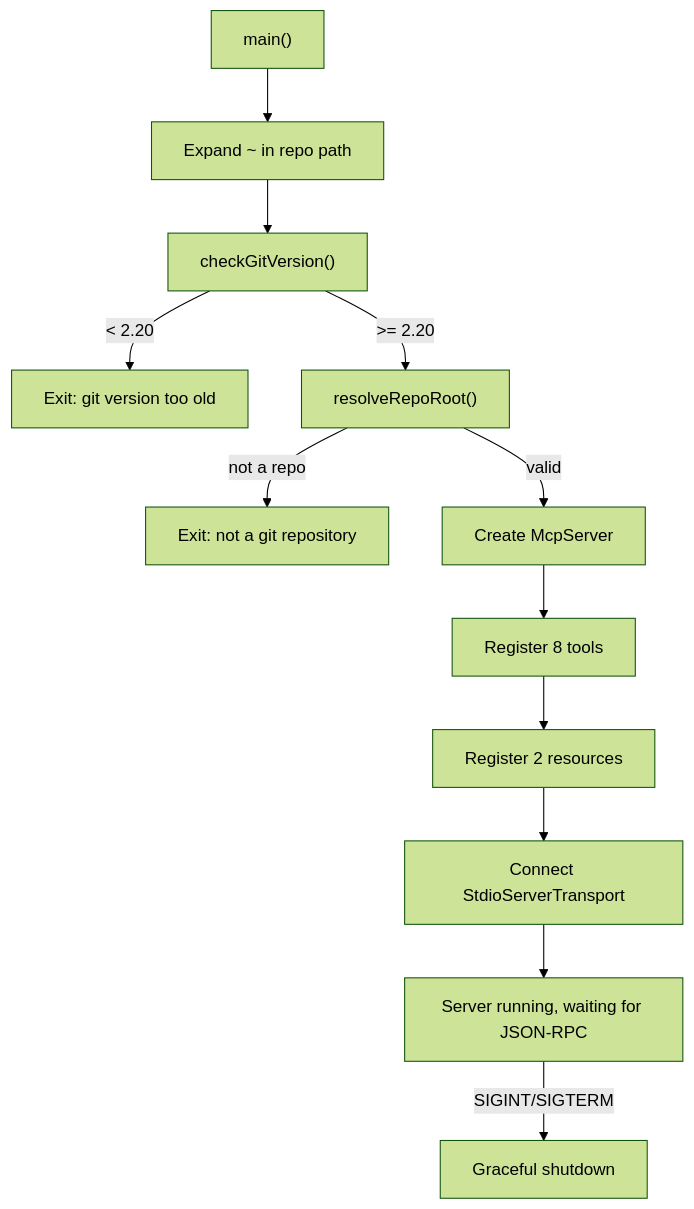
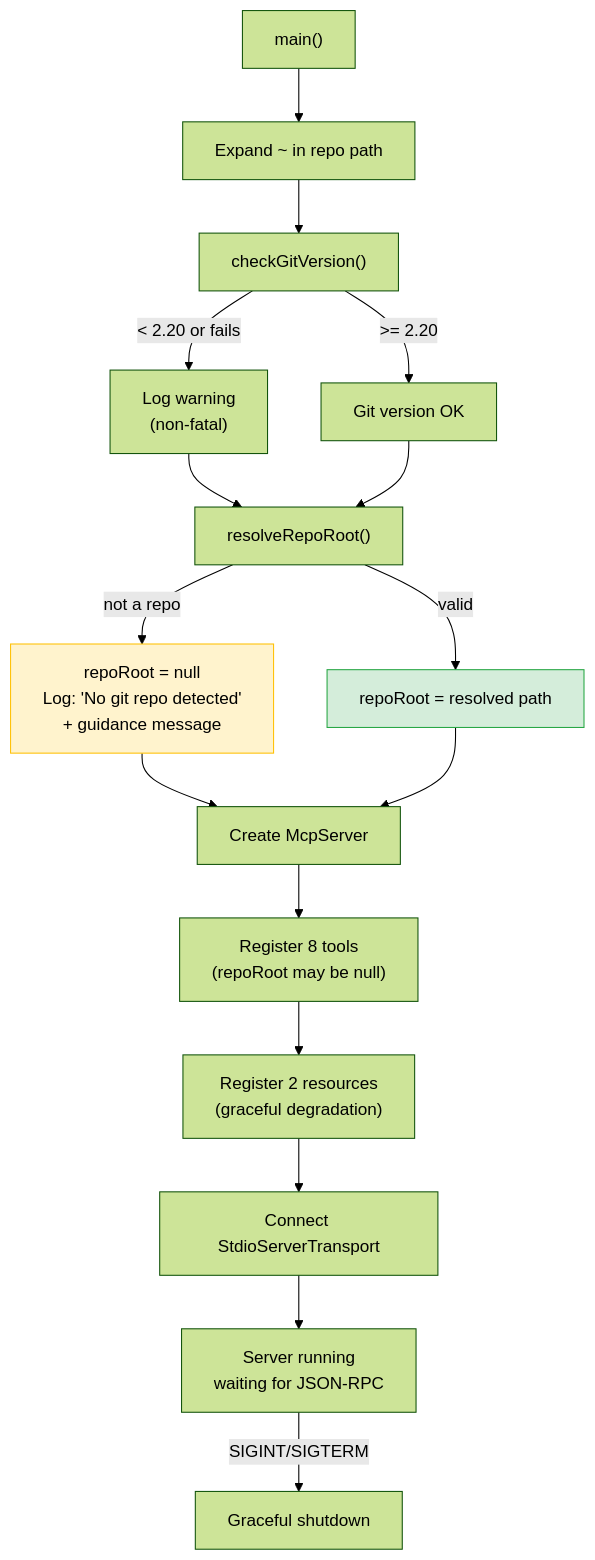
Before and after one commit to hoangsonww/GitIntel-MCP-Server: the eighth of 10 diagrams in ARCHITECTURE.md, drawn with Mermaid (forest theme). The commit also changed other lines of this file and 16 other files, not shown here.

First line of the commit message:
feat(mcp): resilient startup, per-call repo_path, hotspots fix, and comprehensive docs

````diff
--- a/ARCHITECTURE.md
+++ b/ARCHITECTURE.md
@@ -316,14 +460,21 @@
 ```mermaid
 graph TD
     Start["main()"] --> ExpandHome["Expand ~ in repo path"]
     ExpandHome --> CheckGit["checkGitVersion()"]
-    CheckGit -->|"< 2.20"| Fatal1["Exit: git version too old"]
-    CheckGit -->|">= 2.20"| ResolveRoot["resolveRepoRoot()"]
-    ResolveRoot -->|"not a repo"| Fatal2["Exit: not a git repository"]
-    ResolveRoot -->|"valid"| CreateServer["Create McpServer"]
-    CreateServer --> RegisterTools["Register 8 tools"]
-    RegisterTools --> RegisterResources["Register 2 resources"]
+    CheckGit -->|"< 2.20 or fails"| WarnGit["Log warning\n(non-fatal)"]
+    CheckGit -->|">= 2.20"| GotVersion["Git version OK"]
+    WarnGit --> ResolveRoot
+    GotVersion --> ResolveRoot["resolveRepoRoot()"]
+    ResolveRoot -->|"not a repo"| NoRepo["repoRoot = null\nLog: 'No git repo detected'\n+ guidance message"]
+    ResolveRoot -->|"valid"| HasRepo["repoRoot = resolved path"]
+    NoRepo --> CreateServer["Create McpServer"]
+    HasRepo --> CreateServer
+    CreateServer --> RegisterTools["Register 8 tools\n(repoRoot may be null)"]
+    RegisterTools --> RegisterResources["Register 2 resources\n(graceful degradation)"]
     RegisterResources --> Connect["Connect StdioServerTransport"]
-    Connect --> Running["Server running, waiting for JSON-RPC"]
+    Connect --> Running["Server running\nwaiting for JSON-RPC"]
     Running -->|"SIGINT/SIGTERM"| Shutdown["Graceful shutdown"]
+
+    style NoRepo fill:#fff3cd,stroke:#ffc107
+    style HasRepo fill:#d4edda,stroke:#28a745
 ```
````
